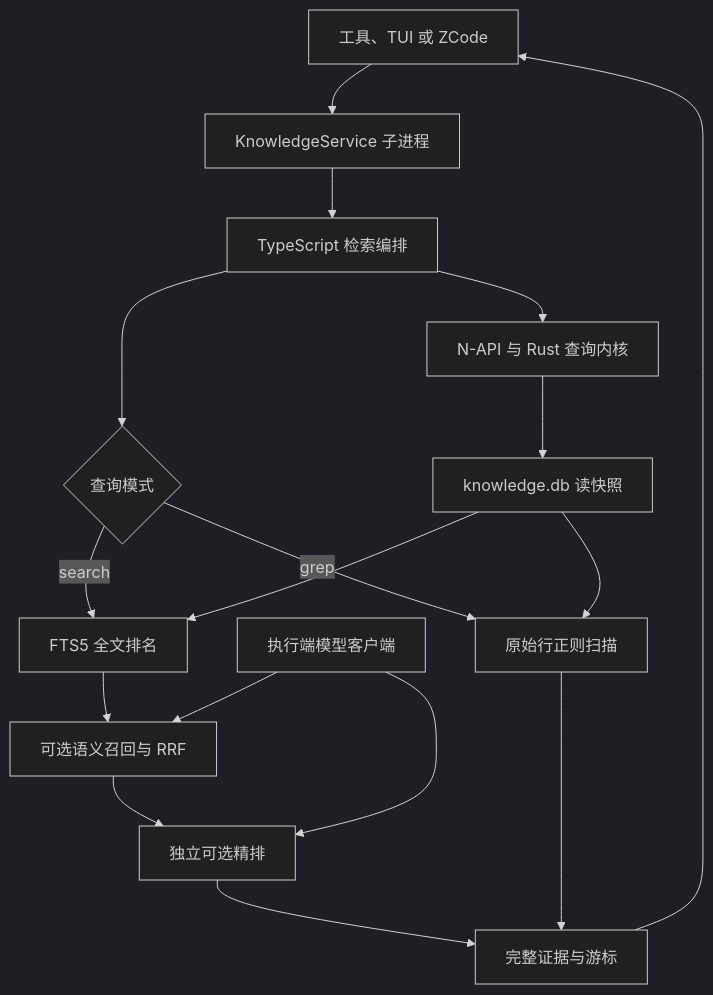
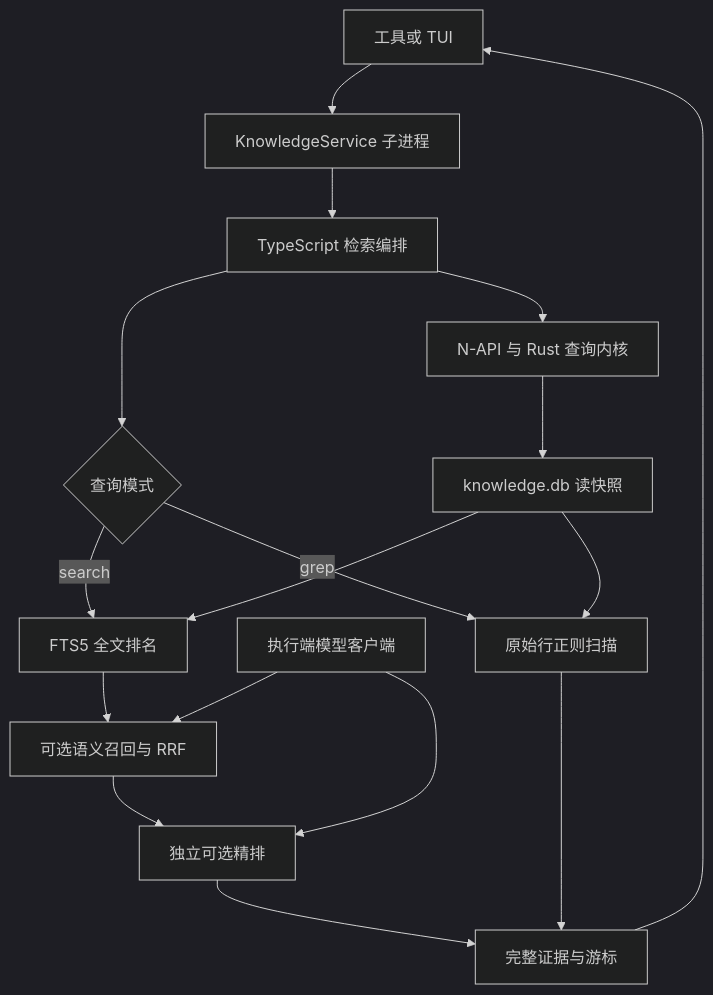
The second of 2 diagrams in openwiki/concepts/knowledge-document-index.md (jchanghong023/oh-my-pi), drawn with Mermaid (dark theme) before and after one commit. The commit also changed other lines of this file and 481 other files, not shown here.

````diff
--- a/openwiki/concepts/knowledge-document-index.md
+++ b/openwiki/concepts/knowledge-document-index.md
@@ -82,19 +80,19 @@
 ```mermaid
 flowchart TD
-    Caller["工具、TUI 或 ZCode"] --> Service["KnowledgeService 子进程"]
+    Caller["工具或 TUI"] --> Service["KnowledgeService 子进程"]
     Service --> Engine["TypeScript 检索编排"]
     Engine --> Native["N-API 与 Rust 查询内核"]
     Native --> DB["knowledge.db 读快照"]
     Engine --> Branch{"查询模式"}
     Branch -->|search| Full["FTS5 全文排名"]
     Branch -->|grep| Regex["原始行正则扫描"]
     Full --> Fusion["可选语义召回与 RRF"]
     Fusion --> Rerank["独立可选精排"]
     Rerank --> Page["完整证据与游标"]
     Regex --> Page
     DB --> Full
     DB --> Regex
     Model["执行端模型客户端"] --> Fusion
     Model --> Rerank
     Page --> Caller
 ```
````
